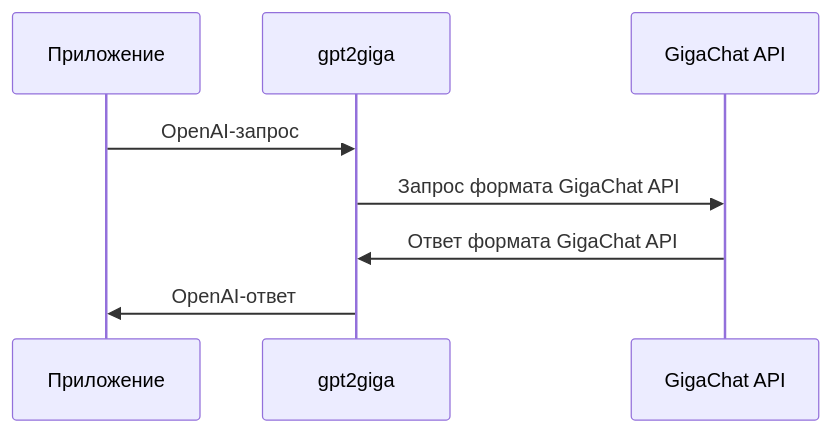
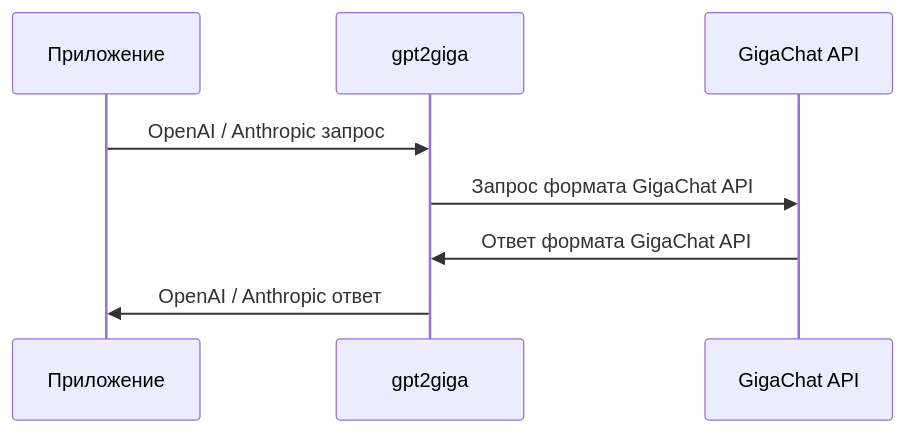
Before and after one commit to ai-forever/gpt2giga: the diagram in README.md, drawn with Mermaid. The commit also changed other lines of this file, not shown here.

````diff
--- a/README.md
+++ b/README.md
@@ -38,11 +39,11 @@
 ```mermaid
 sequenceDiagram
     participant YourApp as Приложение
     participant gpt2giga
     participant GigaChat as GigaChat API
 
-    YourApp->>gpt2giga: OpenAI-запрос
+    YourApp->>gpt2giga: OpenAI / Anthropic запрос
     gpt2giga->>GigaChat: Запрос формата GigaChat API
     GigaChat->>gpt2giga: Ответ формата GigaChat API
-    gpt2giga->>YourApp: OpenAI-ответ
+    gpt2giga->>YourApp: OpenAI / Anthropic ответ
 ```
````
